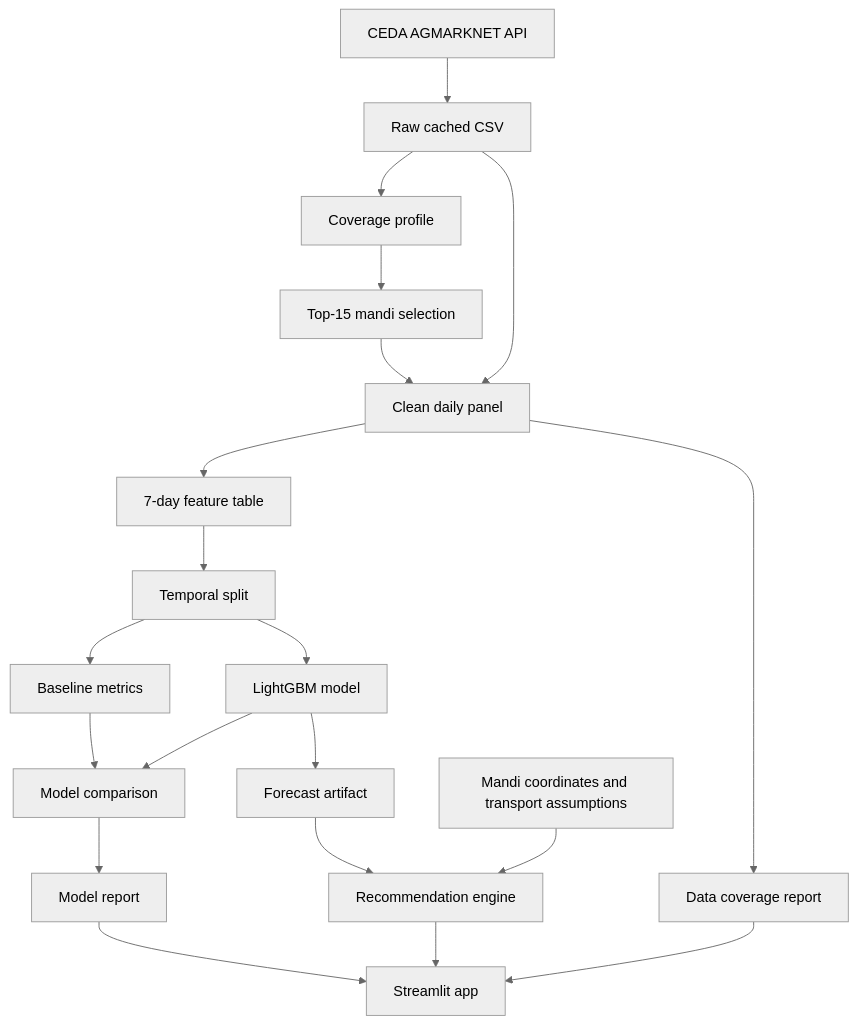
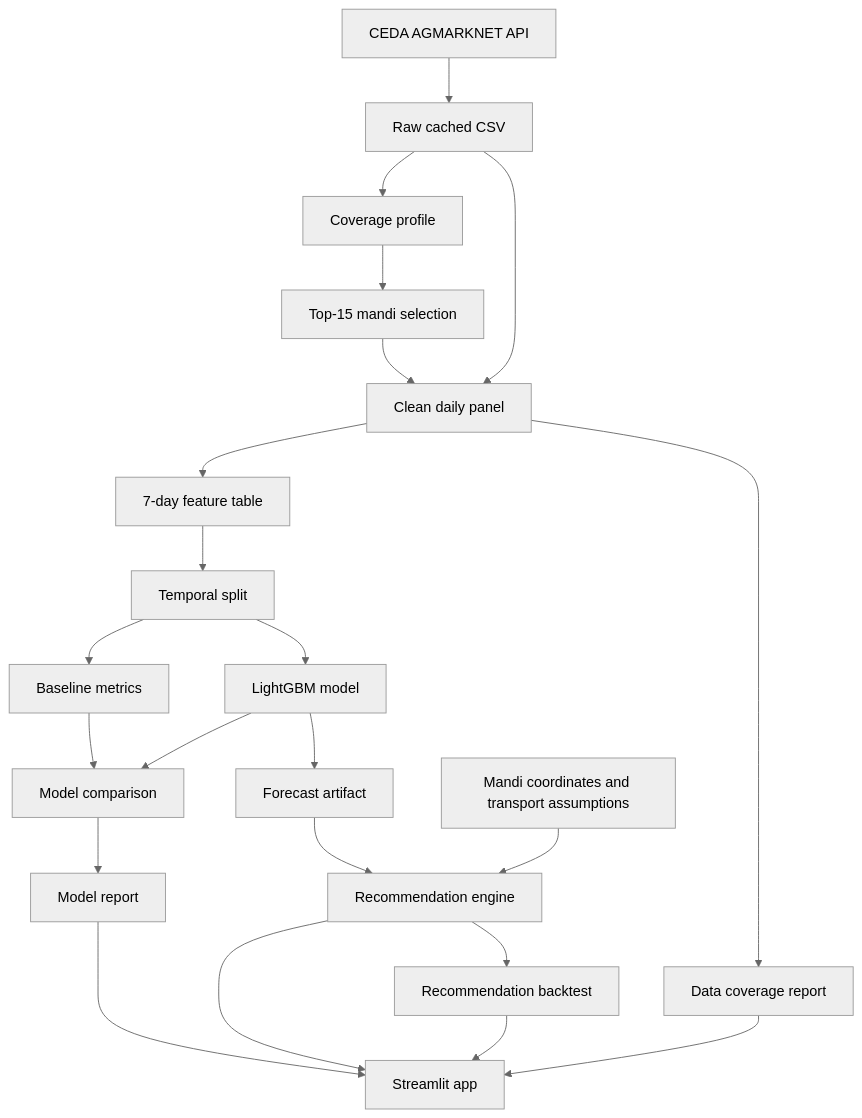
One commit to kaustubh-dot/MandiPulse changed the diagram in docs/ARCHITECTURE.md. Above: the diagram before and after it, drawn with Mermaid (neutral theme). The commit also changed other lines of this file and 9 other files, not shown here.

First line of the commit message:
Surface recommendation backtest in dashboard (Milestone H)

````diff
--- a/docs/ARCHITECTURE.md
+++ b/docs/ARCHITECTURE.md
@@ -26,22 +26,24 @@
 ```mermaid
 flowchart TD
     A["CEDA AGMARKNET API"] --> B["Raw cached CSV"]
     B --> C["Coverage profile"]
     C --> D["Top-15 mandi selection"]
     B --> E["Clean daily panel"]
     D --> E
     E --> F["7-day feature table"]
     F --> G["Temporal split"]
     G --> H["Baseline metrics"]
     G --> I["LightGBM model"]
     H --> J["Model comparison"]
     I --> J
     I --> K["Forecast artifact"]
     K --> L["Recommendation engine"]
     M["Mandi coordinates and transport assumptions"] --> L
     E --> N["Data coverage report"]
     J --> O["Model report"]
     L --> P["Streamlit app"]
+    L --> Q["Recommendation backtest"]
+    Q --> P
     N --> P
     O --> P
 ```
````
